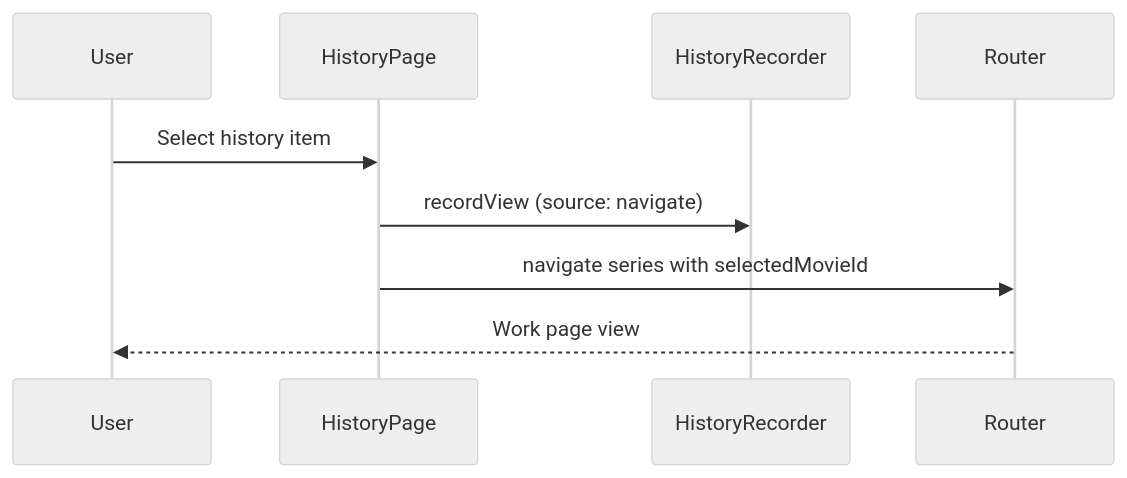
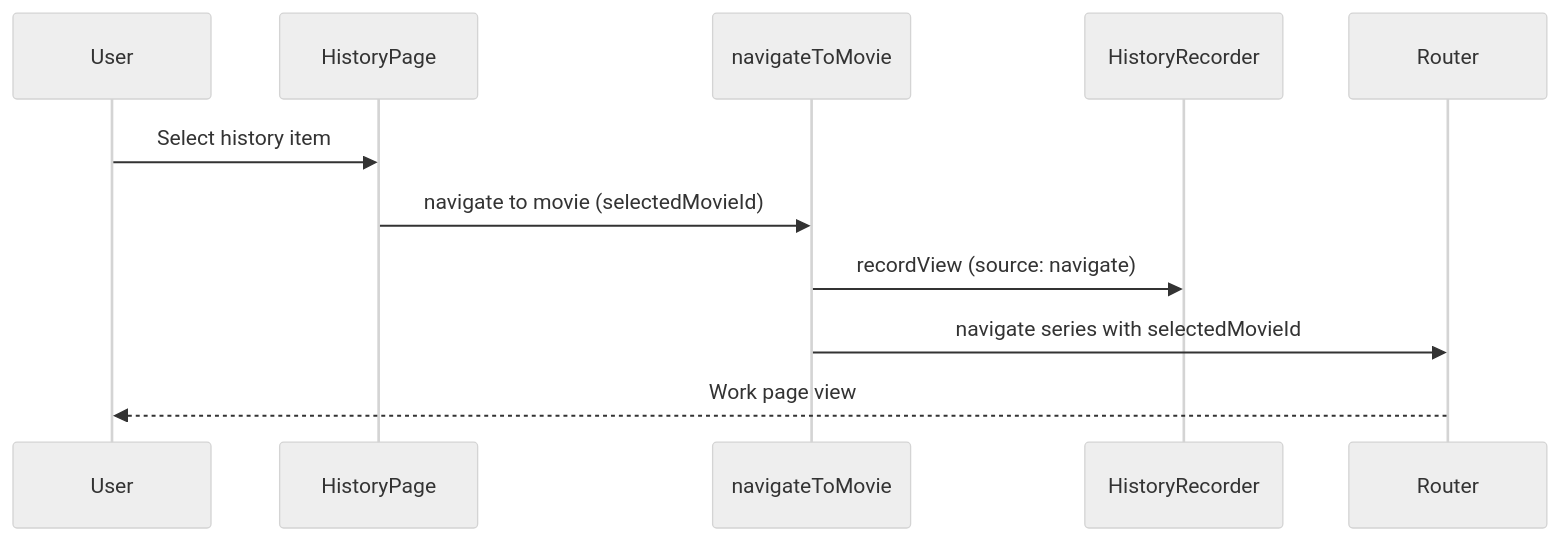
Before and after one commit to arinko39140/mangadouga: the third of 5 diagrams in .kiro/specs/viewing-history-page/design.md, drawn with Mermaid (neutral theme). The commit also changed other lines of this file, not shown here.

Commit message:
Update design for history navigation and recording

````diff
--- a/.kiro/specs/viewing-history-page/design.md
+++ b/.kiro/specs/viewing-history-page/design.md
@@ -122,11 +128,13 @@
 ```mermaid
 sequenceDiagram
   participant User
   participant HistoryPage
+  participant navigateToMovie
   participant HistoryRecorder
   participant Router
   User->>HistoryPage: Select history item
-  HistoryPage->>HistoryRecorder: recordView (source: navigate)
-  HistoryPage->>Router: navigate series with selectedMovieId
+  HistoryPage->>navigateToMovie: navigate to movie (selectedMovieId)
+  navigateToMovie->>HistoryRecorder: recordView (source: navigate)
+  navigateToMovie->>Router: navigate series with selectedMovieId
   Router-->>User: Work page view
 ```
````
